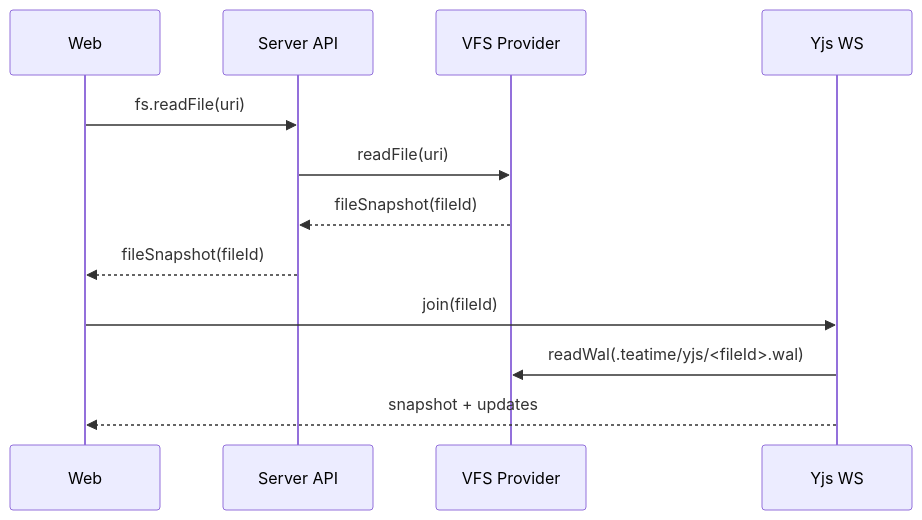
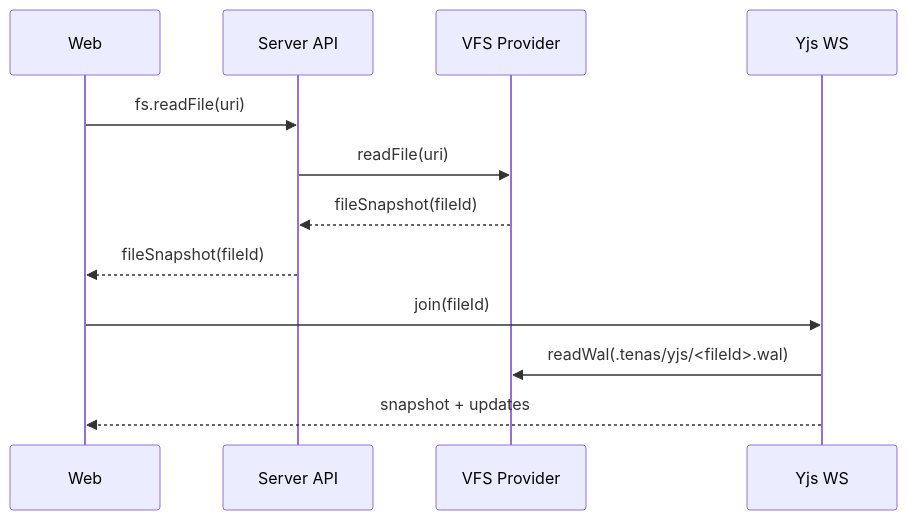
The fourth of 5 diagrams in docs/vfs-yjs-solution.md (OpenLoaf/OpenLoaf), drawn with Mermaid before and after one commit. The commit also changed other lines of this file and 235 other files, not shown here.

First line of the commit message:
rename: teatime → tenas

````diff
--- a/docs/vfs-yjs-solution.md
+++ b/docs/vfs-yjs-solution.md
@@ -308,14 +308,14 @@
 ```mermaid
 sequenceDiagram
   participant Web
   participant Server as Server API
   participant Provider as VFS Provider
   participant WS as Yjs WS
   Web->>Server: fs.readFile(uri)
   Server->>Provider: readFile(uri)
   Provider-->>Server: fileSnapshot(fileId)
   Server-->>Web: fileSnapshot(fileId)
   Web->>WS: join(fileId)
-  WS->>Provider: readWal(.teatime/yjs/<fileId>.wal)
+  WS->>Provider: readWal(.tenas/yjs/<fileId>.wal)
   WS-->>Web: snapshot + updates
 ```
````
